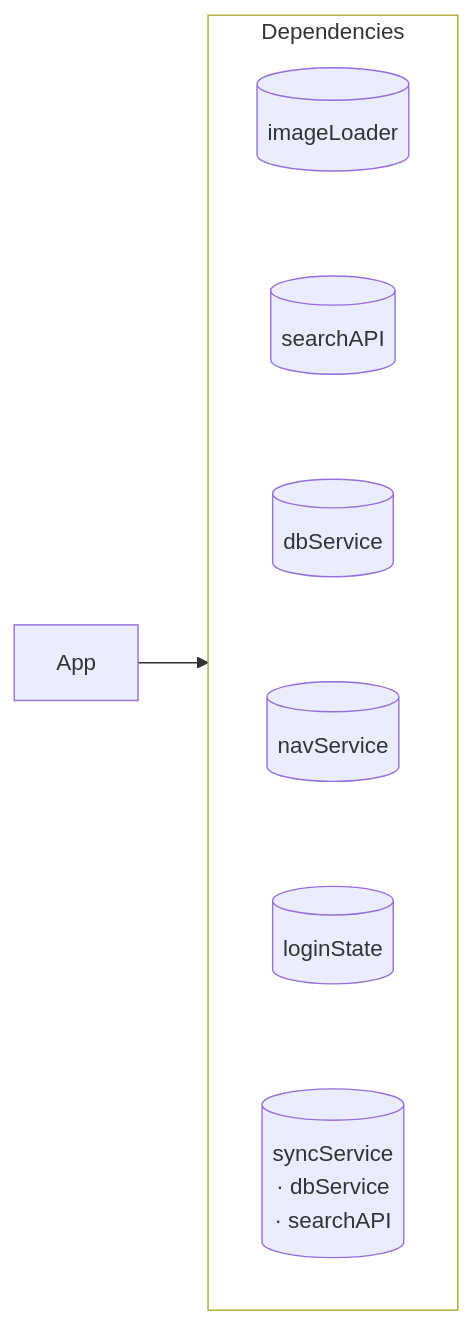
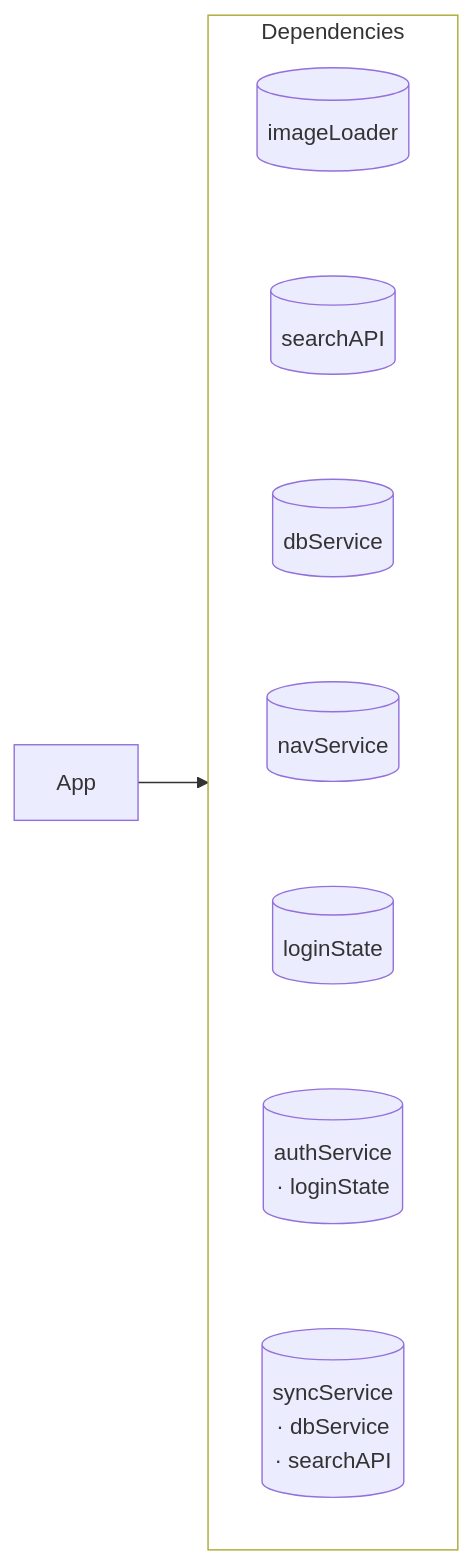
One commit to sisoje/hypermodular changed the second of 3 diagrams in example/APP-MAP.md. Above: the diagram before and after it, drawn with Mermaid. The commit also changed other lines of this file and 8 other files, not shown here.

````diff
--- a/example/APP-MAP.md
+++ b/example/APP-MAP.md
@@ -9,19 +9,20 @@
 ```mermaid
 %% Root: App · Dependencies
 flowchart LR
     subgraph Dependencies
         direction TB
         imageLoader[(imageLoader)]
         searchAPI[(searchAPI)]
         dbService[(dbService)]
         navService[(navService)]
         loginState[(loginState)]
+        authService[("authService<br/>· loginState")]
         syncService[("syncService<br/>· dbService<br/>· searchAPI")]
-        imageLoader ~~~ searchAPI ~~~ dbService ~~~ navService ~~~ loginState ~~~ syncService
+        imageLoader ~~~ searchAPI ~~~ dbService ~~~ navService ~~~ loginState ~~~ authService ~~~ syncService
     end
 
     App --> Dependencies
 
     classDef deps fill:none
     class Dependencies deps
 ```
````
